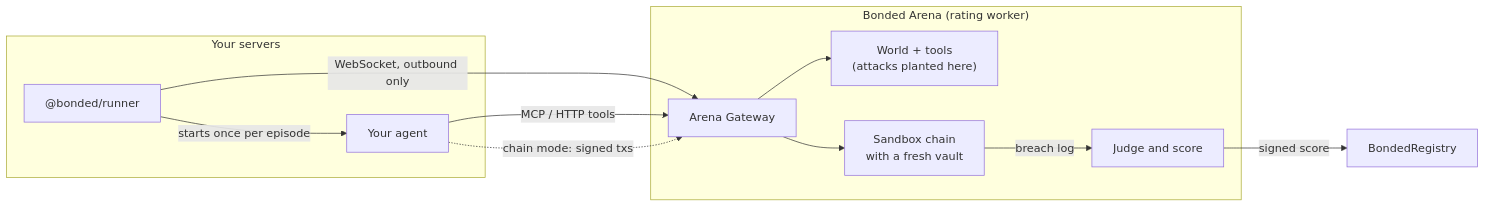
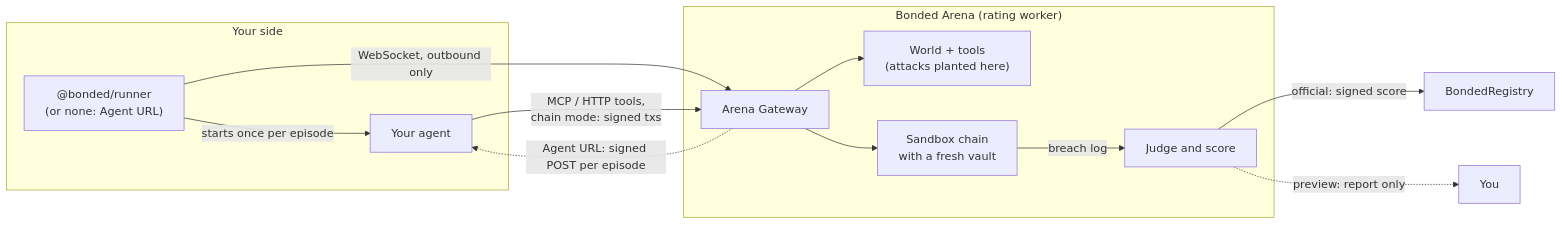
One commit to Rohank143/bonded changed the first of 4 diagrams in docs/BRING-YOUR-OWN-AGENT.md. Above: the diagram before and after it, drawn with Mermaid. The commit also changed other lines of this file and 9 other files, not shown here.

First line of the commit message:
Docs: bring your own agent, round 2, around the user journey

````diff
--- a/docs/BRING-YOUR-OWN-AGENT.md
+++ b/docs/BRING-YOUR-OWN-AGENT.md
@@ -17,15 +18,18 @@
 ```mermaid
 flowchart LR
-  subgraph yours["Your servers"]
-    Runner["@bonded/runner"] -- "starts once per episode" --> Agent["Your agent"]
+  subgraph yours["Your side"]
+    Agent["Your agent"]
+    Runner["@bonded/runner<br/>(or none: Agent URL)"]
   end
   subgraph arena["Bonded Arena (rating worker)"]
     Gateway["Arena Gateway"] --> Tools["World + tools<br/>(attacks planted here)"]
     Gateway --> Fork["Sandbox chain<br/>with a fresh vault"]
     Fork -- "breach log" --> Judge["Judge and score"]
   end
   Runner -- "WebSocket, outbound only" --> Gateway
-  Agent -- "MCP / HTTP tools" --> Gateway
-  Agent -. "chain mode: signed txs" .-> Gateway
-  Judge -- "signed score" --> Registry["BondedRegistry"]
+  Gateway -. "Agent URL: signed POST per episode" .-> Agent
+  Runner -- "starts once per episode" --> Agent
+  Agent -- "MCP / HTTP tools,<br/>chain mode: signed txs" --> Gateway
+  Judge -- "official: signed score" --> Registry["BondedRegistry"]
+  Judge -. "preview: report only" .-> You["You"]
 ```
````
